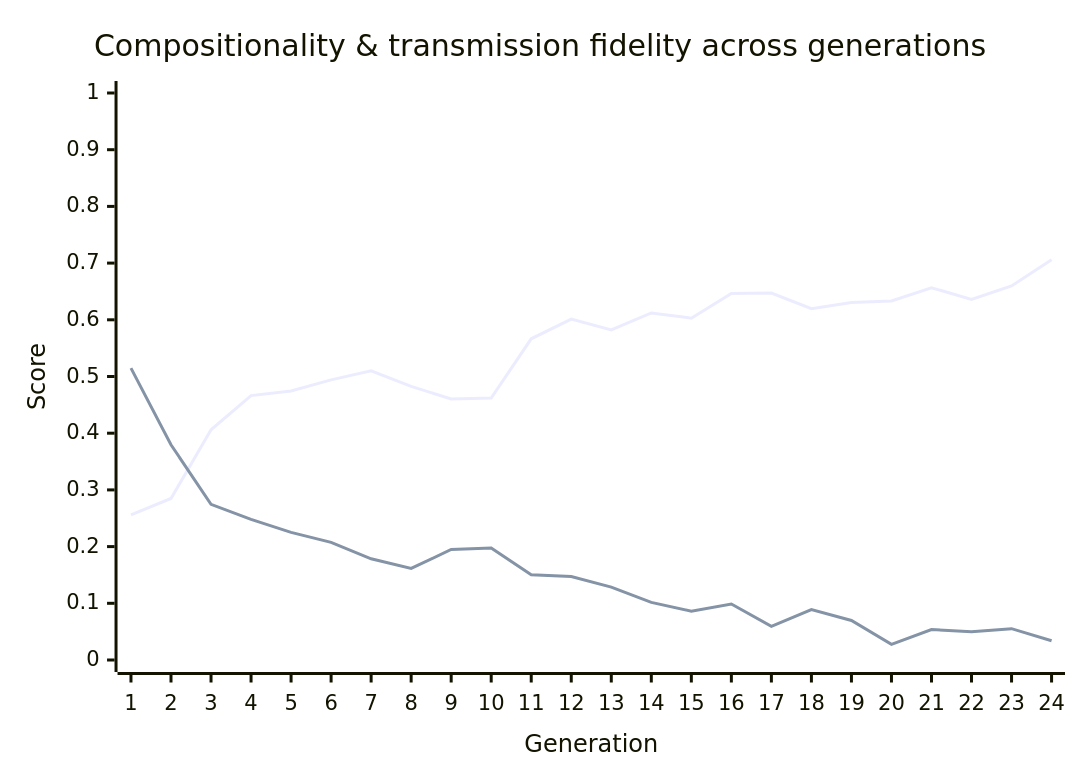
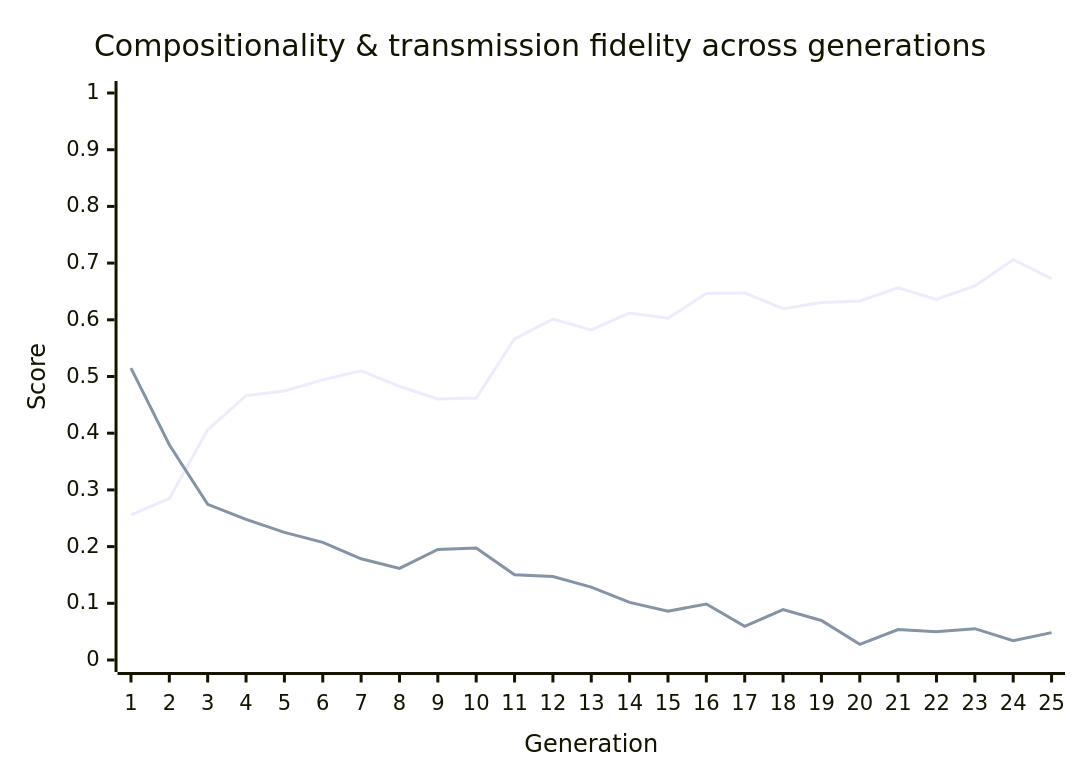
The diagram in metrics/latest-report.md (nichobbs/traditio), drawn with Mermaid before and after one commit. The commit also changed other lines of this file and 1 other file, not shown here.

````diff
--- a/metrics/latest-report.md
+++ b/metrics/latest-report.md
@@ -40,8 +40,8 @@
 ```mermaid
 xychart-beta
     title "Compositionality & transmission fidelity across generations"
-    x-axis "Generation" [1, 2, 3, 4, 5, 6, 7, 8, 9, 10, 11, 12, 13, 14, 15, 16, 17, 18, 19, 20, 21, 22, 23, 24]
+    x-axis "Generation" [1, 2, 3, 4, 5, 6, 7, 8, 9, 10, 11, 12, 13, 14, 15, 16, 17, 18, 19, 20, 21, 22, 23, 24, 25]
     y-axis "Score" 0 --> 1
-    line "Compositionality" [0.2559, 0.2849, 0.4060, 0.4663, 0.4745, 0.4941, 0.5099, 0.4826, 0.4603, 0.4619, 0.5665, 0.6011, 0.5822, 0.6121, 0.6029, 0.6464, 0.6473, 0.6195, 0.6304, 0.6332, 0.6566, 0.6361, 0.6598, 0.7061]
-    line "Transmission Fidelity" [0.5148, 0.3796, 0.2746, 0.2481, 0.2251, 0.2074, 0.1785, 0.1615, 0.1949, 0.1977, 0.1504, 0.1472, 0.1286, 0.1016, 0.0861, 0.0987, 0.0594, 0.0888, 0.0697, 0.0276, 0.0536, 0.0500, 0.0553, 0.0339]
+    line "Compositionality" [0.2559, 0.2849, 0.4060, 0.4663, 0.4745, 0.4941, 0.5099, 0.4826, 0.4603, 0.4619, 0.5665, 0.6011, 0.5822, 0.6121, 0.6029, 0.6464, 0.6473, 0.6195, 0.6304, 0.6332, 0.6566, 0.6361, 0.6598, 0.7061, 0.6725]
+    line "Transmission Fidelity" [0.5148, 0.3796, 0.2746, 0.2481, 0.2251, 0.2074, 0.1785, 0.1615, 0.1949, 0.1977, 0.1504, 0.1472, 0.1286, 0.1016, 0.0861, 0.0987, 0.0594, 0.0888, 0.0697, 0.0276, 0.0536, 0.0500, 0.0553, 0.0339, 0.0483]
 ```
````
